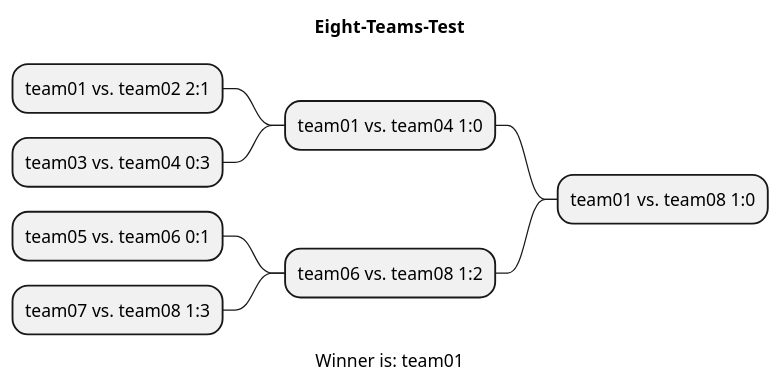
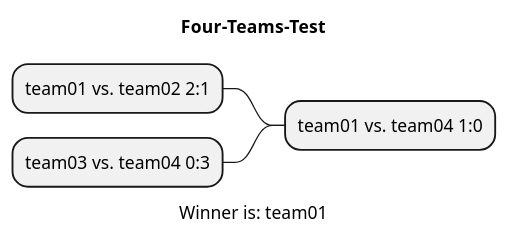
One commit to htl-leonding-project/2022-4ahif-autohaus changed the diagram in asciidocs/plantuml/Result.puml. Above: the diagram before and after it, drawn with PlantUML. The commit also changed 6 other files, not shown here.

Commit message:
gh-pages-usecase-diagram

```diff
--- a/asciidocs/plantuml/Result.puml
+++ b/asciidocs/plantuml/Result.puml
@@ -1,18 +1,10 @@
-@startmindmap Eight-Teams-Test.png
-title Eight-Teams-Test
+@startmindmap Four-Teams-Test.png
+title Four-Teams-Test
 
-- team01 vs. team08 1:0
+- team01 vs. team04 1:0
 
--- team01 vs. team04 1:0
+-- team01 vs. team02 2:1
 
---- team01 vs. team02 2:1
-
---- team03 vs. team04 0:3
-
--- team06 vs. team08 1:2
-
---- team05 vs. team06 0:1
-
---- team07 vs. team08 1:3
+-- team03 vs. team04 0:3
 caption Winner is: team01
 @endmindmap
```
